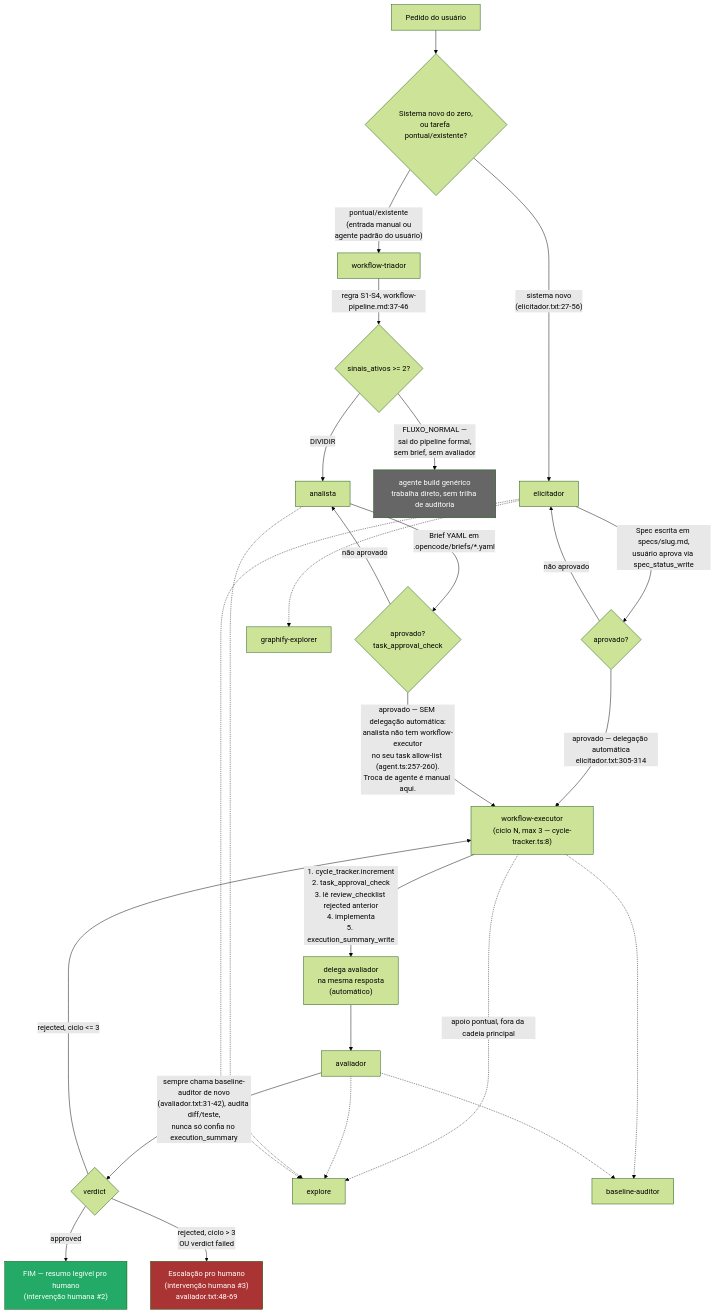
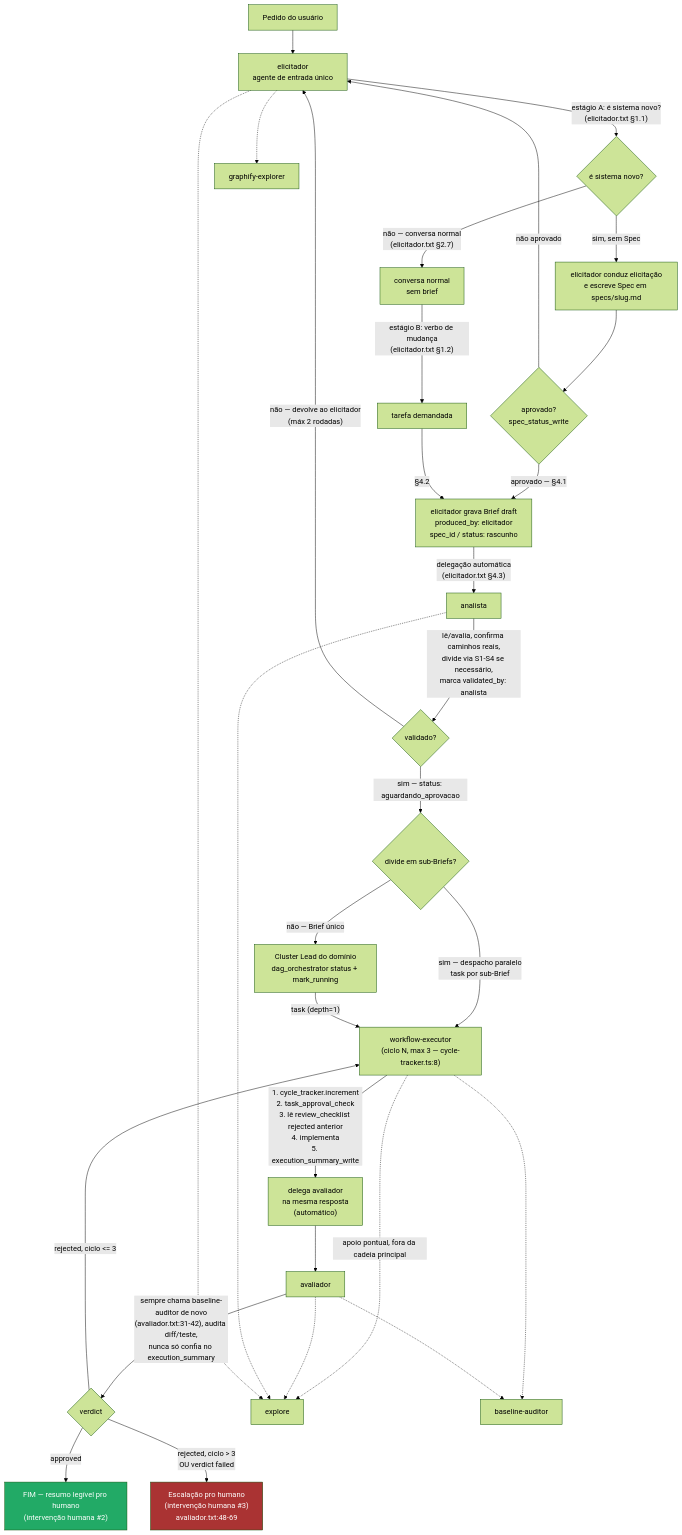
One commit to ortizpedroso/xocp changed the diagram in specs/xocp/agent-architecture.md. Above: the diagram before and after it, drawn with Mermaid (forest theme). The commit also changed other lines of this file and 7 other files, not shown here.

Commit message:
docs(xocp): Mapa de Estado, depreca architecture.md e manutencao do espelho de prompts

````diff
--- a/specs/xocp/agent-architecture.md
+++ b/specs/xocp/agent-architecture.md
@@ -260,40 +268,43 @@
 ```mermaid
 flowchart TD
-    U[Pedido do usuário] --> Entry{Sistema novo do zero,<br/>ou tarefa pontual/existente?}
+    U[Pedido do usuário] --> ELI[elicitador<br/>agente de entrada único]
 
-    Entry -->|"sistema novo<br/>(elicitador.txt:27-56)"| ELI[elicitador]
-    Entry -->|"pontual/existente<br/>(entrada manual ou<br/>agente padrão do usuário)"| TRI[workflow-triador]
+    ELI -->|"estágio A: é sistema novo?<br/>(elicitador.txt §1.1)"| NOVO{é sistema novo?}
+    NOVO -->|"sim, sem Spec"| SPEC[elicitador conduz elicitação<br/>e escreve Spec em specs/slug.md]
+    NOVO -->|"não — conversa normal<br/>(elicitador.txt §2.7)"| CONV[conversa normal<br/>sem brief]
+    CONV -->|"estágio B: verbo de mudança<br/>(elicitador.txt §1.2)"| DEMANDA[tarefa demandada]
 
-    ELI -->|"Spec escrita em specs/slug.md,<br/>usuário aprova via spec_status_write"| SPECOK{aprovado?}
+    SPEC --> SPECOK{aprovado?<br/>spec_status_write}
     SPECOK -->|"não aprovado"| ELI
-    SPECOK -->|"aprovado — delegação automática<br/>elicitador.txt:305-314"| EXEC
+    SPECOK -->|"aprovado — §4.1"| DRAFT[elicitador grava Brief draft<br/>produced_by: elicitador<br/>spec_id / status: rascunho]
+    DEMANDA -->|"§4.2"| DRAFT
 
-    TRI -->|"regra S1-S4, workflow-pipeline.md:37-46"| Sinais{sinais_ativos >= 2?}
-    Sinais -->|"FLUXO_NORMAL —<br/>sai do pipeline formal,<br/>sem brief, sem avaliador"| BUILD[agente build genérico<br/>trabalha direto, sem trilha de auditoria]
-    Sinais -->|DIVIDIR| ANA[analista]
+    DRAFT -->|"delegação automática<br/>(elicitador.txt §4.3)"| ANA[analista]
 
-    ANA -->|"Brief YAML em<br/>.opencode/briefs/*.yaml"| BRIEFOK{aprovado?<br/>task_approval_check}
-    BRIEFOK -->|"não aprovado"| ANA
-    BRIEFOK -->|"aprovado — SEM delegação automática:<br/>analista não tem workflow-executor<br/>no seu task allow-list (agent.ts:257-260).<br/>Troca de agente é manual aqui."| EXEC
+    ANA -->|"lê/avalia, confirma caminhos reais,<br/>divide via S1-S4 se necessário,<br/>marca validated_by: analista"| BRIEFOK{validado?}
+    BRIEFOK -->|"não — devolve ao elicitador<br/>(máx 2 rodadas)"| ELI
+    BRIEFOK -->|"sim — status: aguardando_aprovacao"| DISP{divide em sub-Briefs?}
+    DISP -->|"sim — despacho paralelo<br/>task por sub-Brief"| EXEC
+    DISP -->|"não — Brief único"| LEAD[Cluster Lead do domínio<br/>dag_orchestrator status + mark_running]
 
+    LEAD -->|"task (depth=1)"| EXEC
     EXEC["workflow-executor<br/>(ciclo N, max 3 — cycle-tracker.ts:8)"]
     EXEC -->|"1. cycle_tracker.increment<br/>2. task_approval_check<br/>3. lê review_checklist rejected anterior<br/>4. implementa<br/>5. execution_summary_write"| DELEG["delega avaliador<br/>na mesma resposta<br/>(automático)"]
     DELEG --> AVAL[avaliador]
 
     AVAL -->|"sempre chama baseline-auditor de novo<br/>(avaliador.txt:31-42), audita diff/teste,<br/>nunca só confia no execution_summary"| VERDICT{verdict}
     VERDICT -->|approved| DONE["FIM — resumo legível pro humano<br/>(intervenção humana #2)"]
     VERDICT -->|"rejected, ciclo <= 3"| EXEC
     VERDICT -->|"rejected, ciclo > 3<br/>OU verdict failed"| ESCALATE["Escalação pro humano<br/>(intervenção humana #3)<br/>avaliador.txt:48-69"]
 
     EXEC -.->|"apoio pontual, fora da cadeia principal"| SUP1[explore]
     EXEC -.-> SUP2[baseline-auditor]
     AVAL -.-> SUP1
     AVAL -.-> SUP2
     ANA -.-> SUP1
     ELI -.-> SUP1
     ELI -.-> SUP3[graphify-explorer]
 
-    style BUILD fill:#666,color:#fff
     style DONE fill:#2a6,color:#fff
     style ESCALATE fill:#a33,color:#fff
 ```
````
